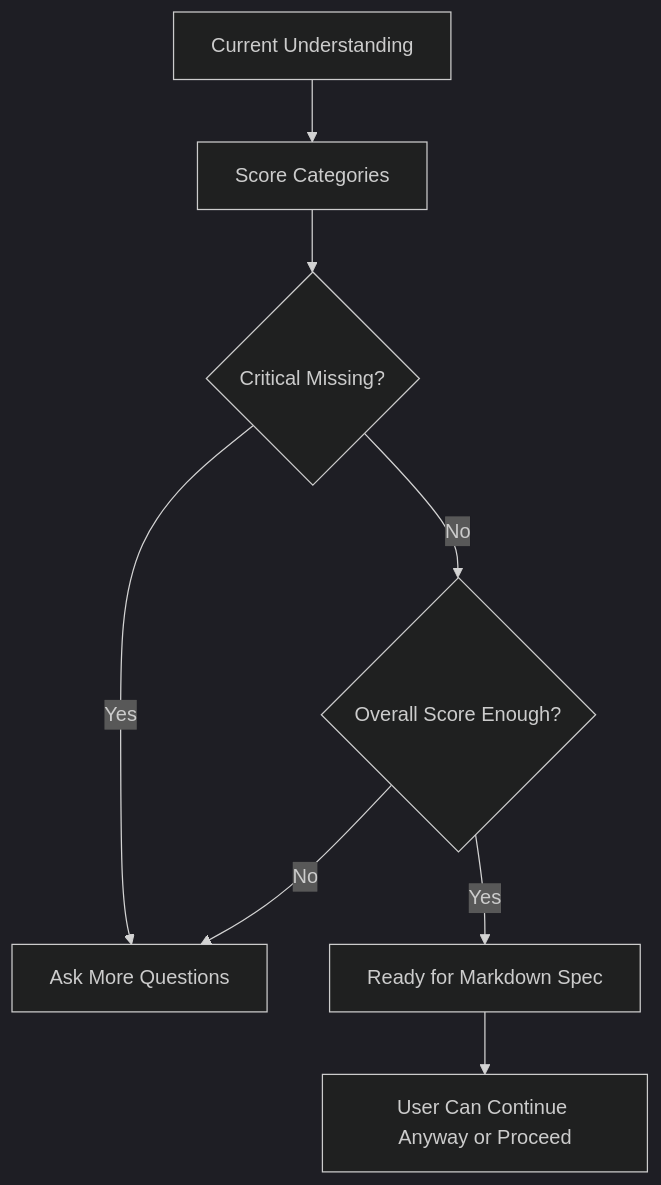
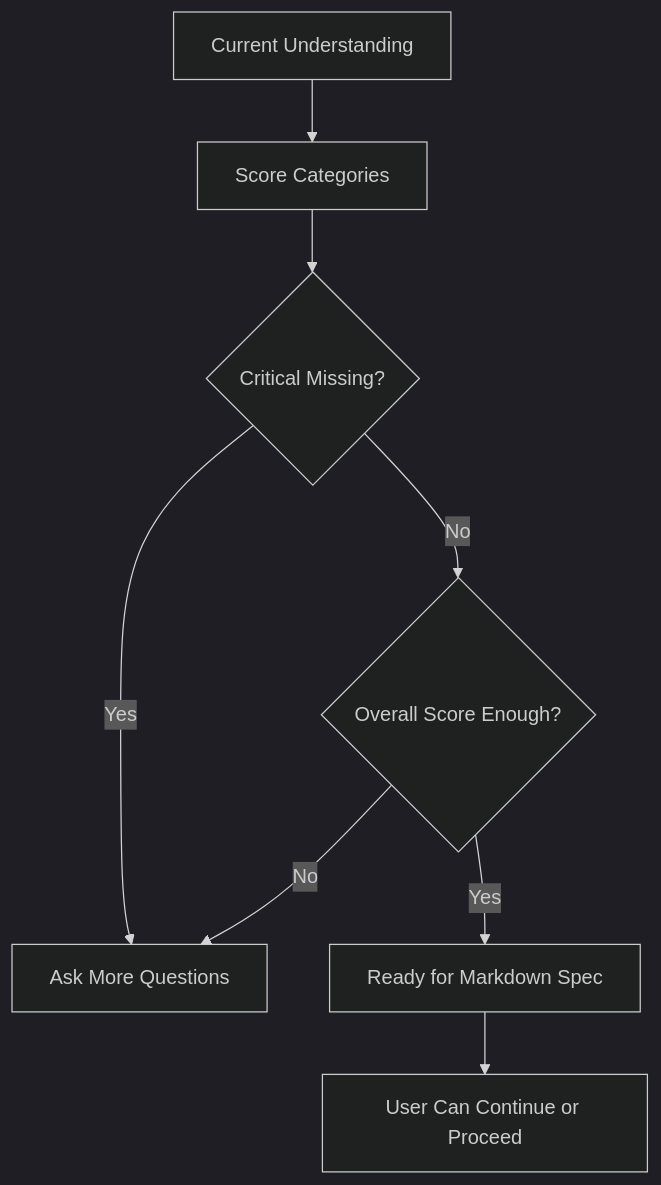
Diagram 11 of 19 in Docs/system-design-detailed-plan.md (ProductMasterz/Mujarrad-Frontend), drawn with Mermaid (dark theme) before and after one commit. The commit also changed other lines of this file, not shown here.

Commit message:
Refine system design architecture plan

````diff
--- a/Docs/system-design-detailed-plan.md
+++ b/Docs/system-design-detailed-plan.md
@@ -1414,10 +1312,10 @@
 ```mermaid
 flowchart TD
     A[Current Understanding] --> B[Score Categories]
     B --> C{Critical Missing?}
     C -->|Yes| D[Ask More Questions]
     C -->|No| E{Overall Score Enough?}
     E -->|No| D
     E -->|Yes| F[Ready for Markdown Spec]
-    F --> G[User Can Continue Anyway or Proceed]
+    F --> G[User Can Continue or Proceed]
 ```
````
